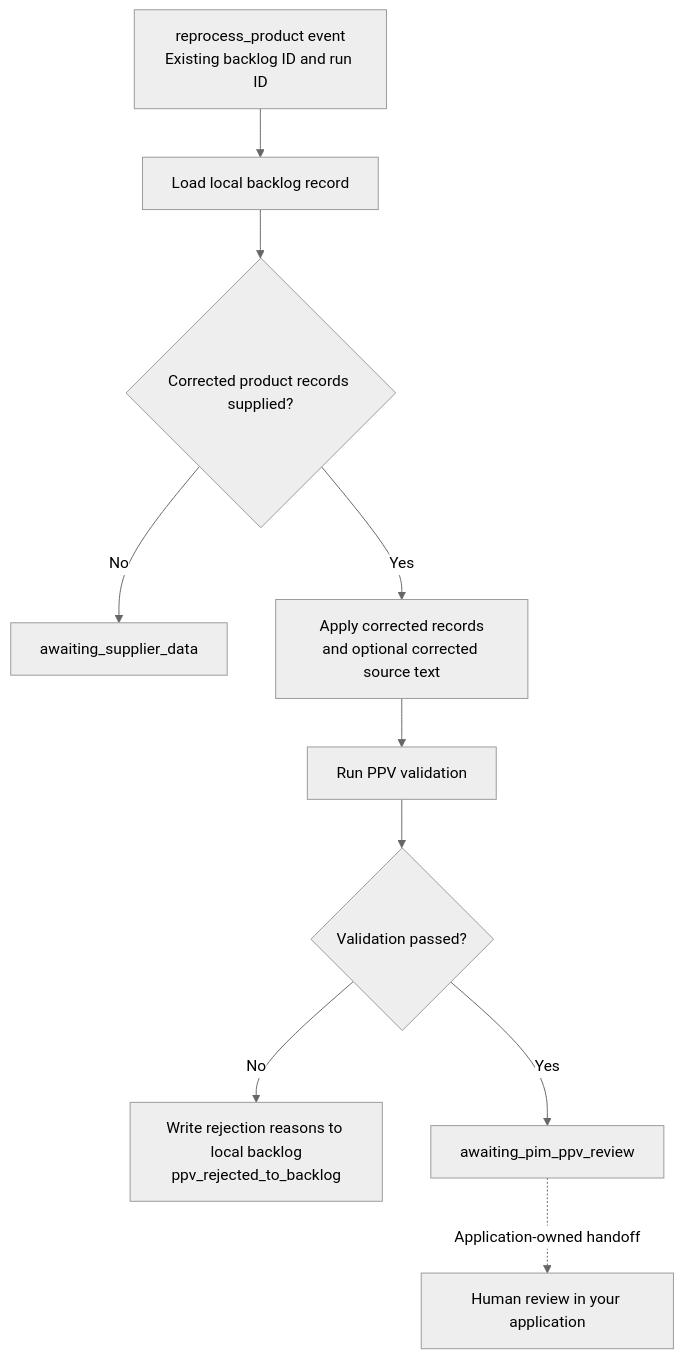
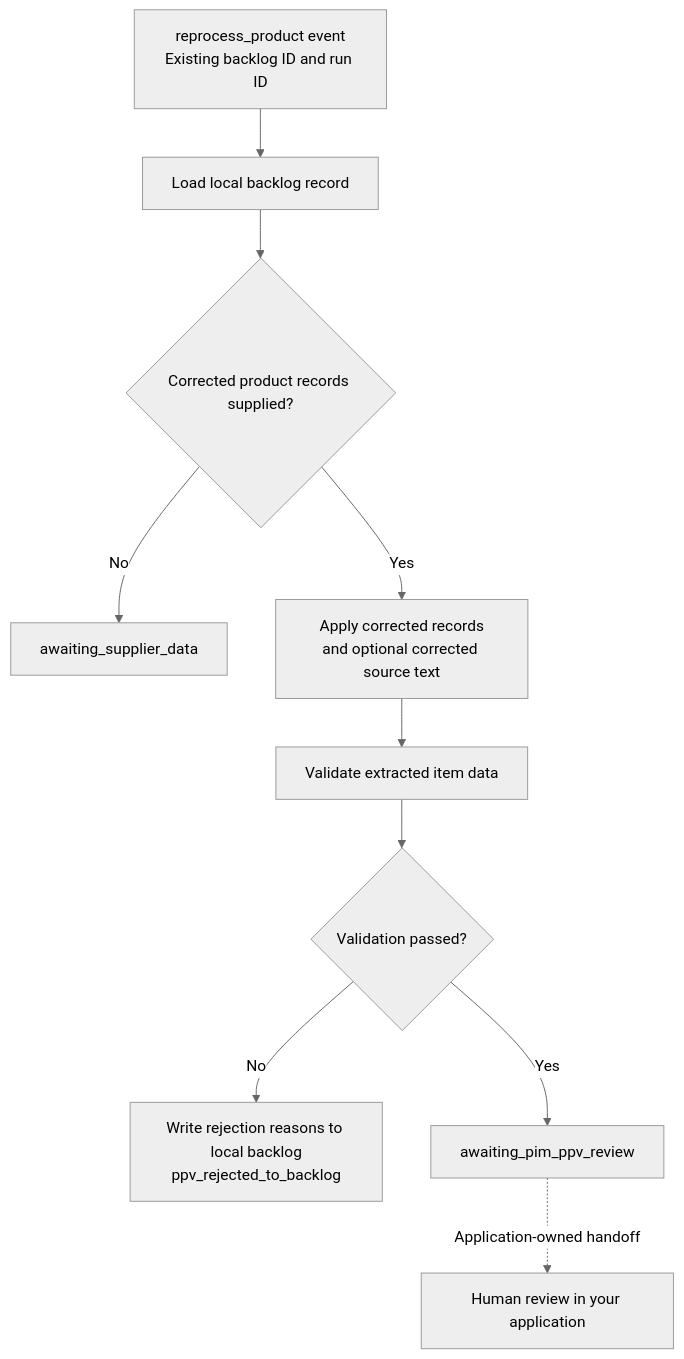
The second of 2 diagrams in docs/integrations.md (tlynx538/Multi-Agent-Catalog-Parser), drawn with Mermaid (neutral theme) before and after one commit. The commit also changed other lines of this file and 4 other files, not shown here.

````diff
--- a/docs/integrations.md
+++ b/docs/integrations.md
@@ -84,12 +86,12 @@
 ```mermaid
 flowchart TD
     Event["reprocess_product event<br/>Existing backlog ID and run ID"] --> Load["Load local backlog record"]
     Load --> Corrections{"Corrected product records supplied?"}
     Corrections -->|No| Wait["awaiting_supplier_data"]
     Corrections -->|Yes| Apply["Apply corrected records<br/>and optional corrected source text"]
-    Apply --> Validate["Run PPV validation"]
+    Apply --> Validate["Validate extracted item data"]
     Validate --> Decision{"Validation passed?"}
     Decision -->|No| Backlog["Write rejection reasons to local backlog<br/>ppv_rejected_to_backlog"]
     Decision -->|Yes| Ready["awaiting_pim_ppv_review"]
     Ready -.->|Application-owned handoff| Review["Human review in your application"]
 ```
````
